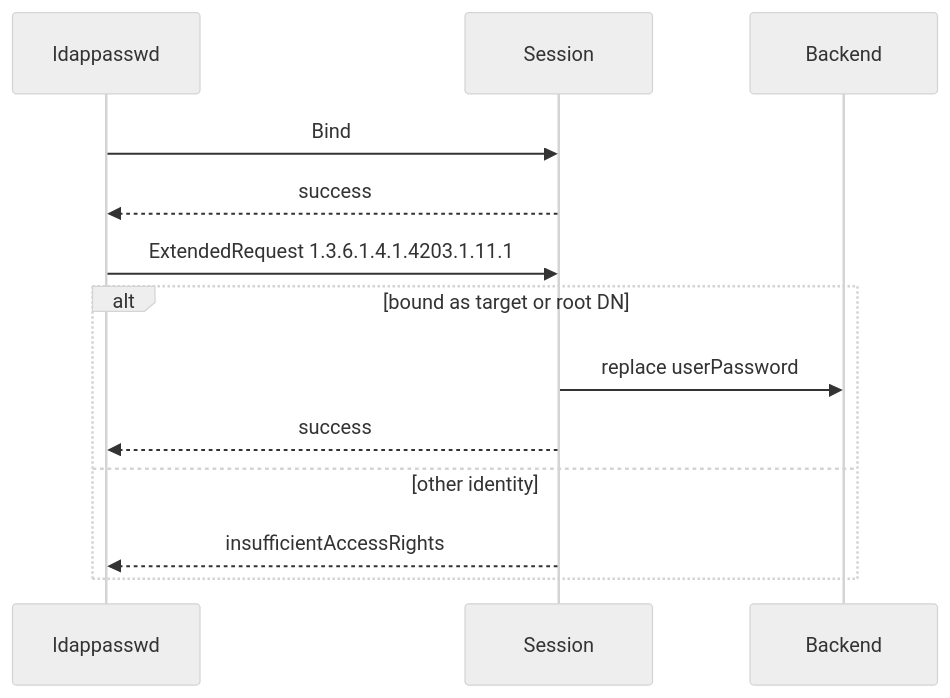
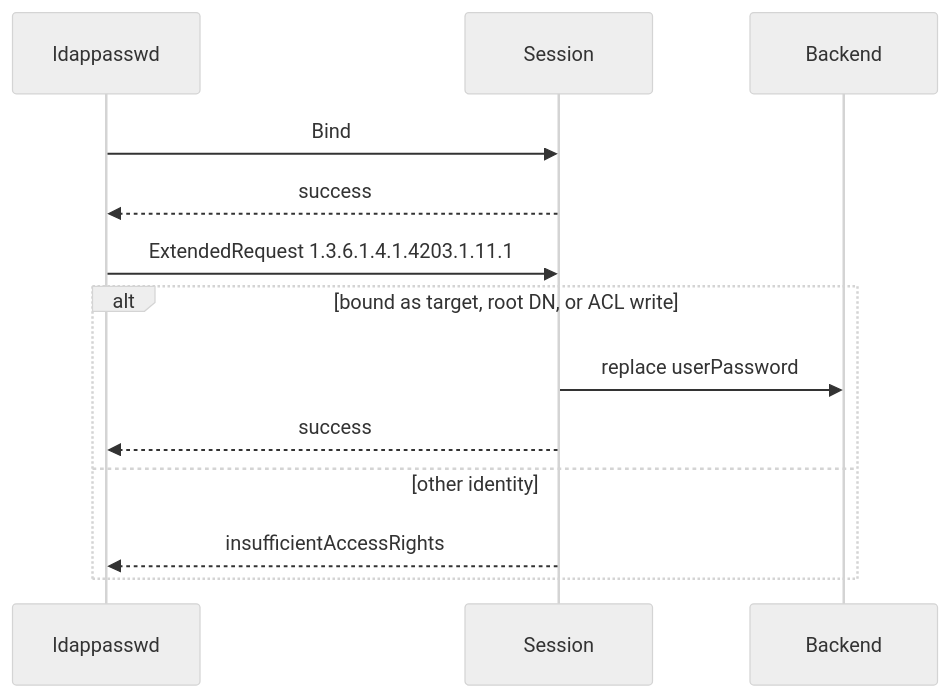
Before and after one commit to SimpleDaemons/simple-ldapd: the fourth of 4 diagrams in docs/diagrams/flow.md, drawn with Mermaid (neutral theme). The commit also changed other lines of this file and 26 other files, not shown here.

````diff
--- a/docs/diagrams/flow.md
+++ b/docs/diagrams/flow.md
@@ -77,16 +77,16 @@
 ```mermaid
 sequenceDiagram
   participant C as ldappasswd
   participant S as Session
   participant B as Backend
 
   C->>S: Bind
   S-->>C: success
   C->>S: ExtendedRequest 1.3.6.1.4.1.4203.1.11.1
-  alt bound as target or root DN
+  alt bound as target, root DN, or ACL write
     S->>B: replace userPassword
     S-->>C: success
   else other identity
     S-->>C: insufficientAccessRights
   end
 ```
````
